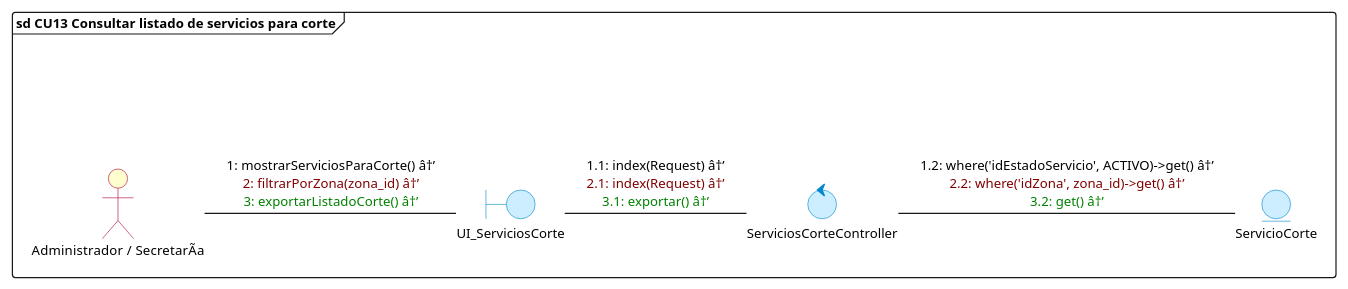
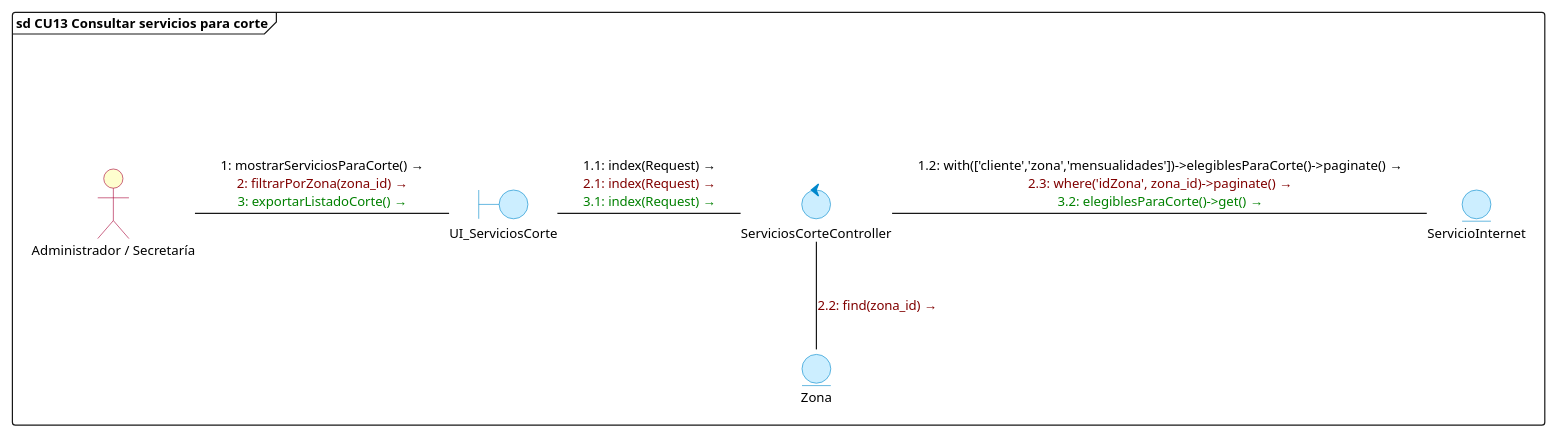
Diagram 13 of 17 in diagramas/comunicacion/diagramas_comunicacion_todos_cu.puml (DiogoMars777/TELCOM-2.0), drawn with PlantUML before and after one commit. The commit also changed other lines of this file and 16 other files, not shown here.

Commit message:
docs: actualizar diagramas de comunicacion CU01 al CU17 con modelos y tablas canonicas de BD

```diff
--- a/diagramas/comunicacion/diagramas_comunicacion_todos_cu.puml
+++ b/diagramas/comunicacion/diagramas_comunicacion_todos_cu.puml
@@ -399,31 +430,34 @@
 @startuml cu13_servicios_corte
 skinparam backgroundColor white
 skinparam defaultFontName "Segoe UI"
 skinparam defaultFontSize 11
 skinparam interfaceBackgroundColor transparent
 skinparam interfaceBorderColor transparent
 skinparam actorBackgroundColor #FEFECE
 skinparam actorBorderColor #A80036
 skinparam boundaryBackgroundColor #CCEEFF
 skinparam boundaryBorderColor #0088CC
 skinparam controlBackgroundColor #CCEEFF
 skinparam controlBorderColor #0088CC
 skinparam entityBackgroundColor #CCEEFF
 skinparam entityBorderColor #0088CC
 
-frame "sd CU13 Consultar listado de servicios para corte" {
+frame "sd CU13 Consultar servicios para corte" {
     () " " as spacer
-    actor "Administrador / SecretarÃ­a" as Admin
+    actor "Administrador / Secretaría" as Admin
     boundary UI_ServiciosCorte
     control ServiciosCorteController
-    entity ServicioCorte
+    entity ServicioInternet
+    entity Zona
 
     spacer -[hidden]down- Admin
 
-    Admin -right- UI_ServiciosCorte : <font color=#000000>1: mostrarServiciosParaCorte() â†’</font>\n<font color=#800000>2: filtrarPorZona(zona_id) â†’</font>\n<font color=#008000>3: exportarListadoCorte() â†’</font>
+    Admin -right- UI_ServiciosCorte : <font color=#000000>1: mostrarServiciosParaCorte() →</font>\n<font color=#800000>2: filtrarPorZona(zona_id) →</font>\n<font color=#008000>3: exportarListadoCorte() →</font>
 
-    UI_ServiciosCorte -right- ServiciosCorteController : <font color=#000000>1.1: index(Request) â†’</font>\n<font color=#800000>2.1: index(Request) â†’</font>\n<font color=#008000>3.1: exportar() â†’</font>
+    UI_ServiciosCorte -right- ServiciosCorteController : <font color=#000000>1.1: index(Request) →</font>\n<font color=#800000>2.1: index(Request) →</font>\n<font color=#008000>3.1: index(Request) →</font>
 
-    ServiciosCorteController -right- ServicioCorte : <font color=#000000>1.2: where('idEstadoServicio', ACTIVO)->get() â†’</font>\n<font color=#800000>2.2: where('idZona', zona_id)->get() â†’</font>\n<font color=#008000>3.2: get() â†’</font>
+    ServiciosCorteController -right- ServicioInternet : <font color=#000000>1.2: with(['cliente','zona','mensualidades'])->elegiblesParaCorte()->paginate() →</font>\n<font color=#800000>2.3: where('idZona', zona_id)->paginate() →</font>\n<font color=#008000>3.2: elegiblesParaCorte()->get() →</font>
+
+    ServiciosCorteController -down- Zona : <font color=#800000>2.2: find(zona_id) →</font>
 }
 @enduml
```
